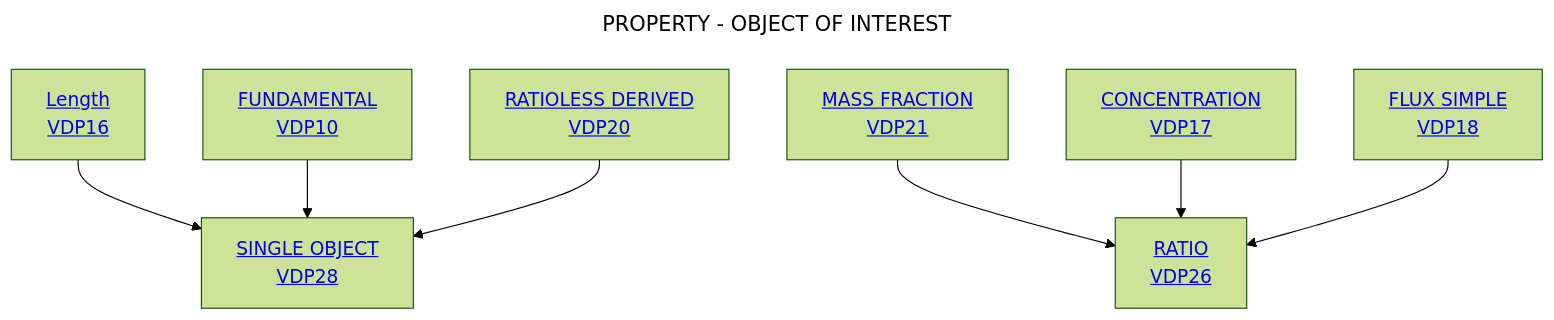
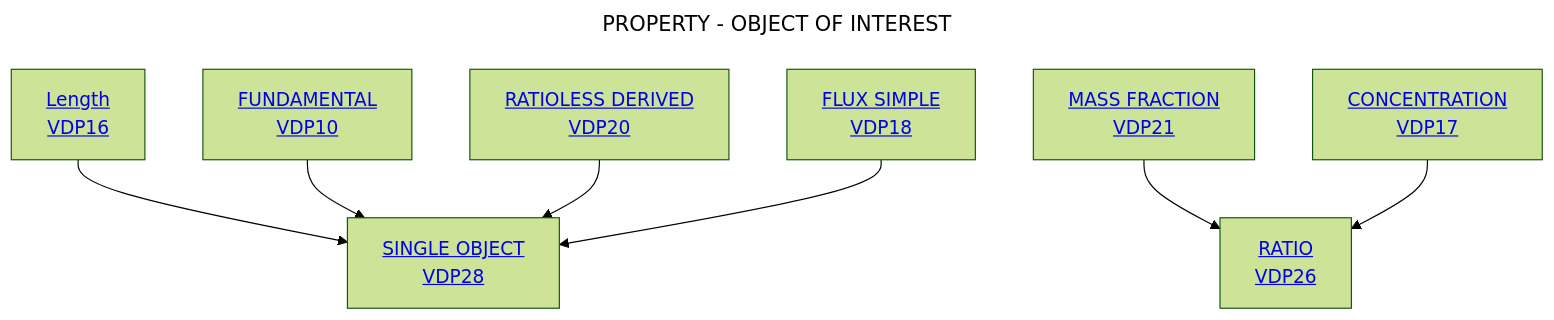
The diagram in Decisition_trees/DT6.mmd (mabablue/I-ADOPT-patterns-playground), drawn with Mermaid (forest theme) before and after one commit.

```diff
--- a/Decisition_trees/DT6.mmd
+++ b/Decisition_trees/DT6.mmd
@@ -1,10 +1,10 @@
 ---
 title: PROPERTY - OBJECT OF INTEREST
 ---
 flowchart TD
     A[<a href='https://github.com/mabablue/I-ADOPT-patterns-playground/blob/main/pattern/VDP16.yaml'>Length <br> VDP16</a>] --> C[<a href='https://github.com/mabablue/I-ADOPT-patterns-playground/blob/main/pattern/VDP16.yaml'>SINGLE OBJECT <br> VDP28</a>]
     B[<a href='https://github.com/mabablue/I-ADOPT-patterns-playground/blob/main/pattern/VDP10.yaml'>FUNDAMENTAL <br> VDP10</a>]  --> C
     D[<a href='https://github.com/mabablue/I-ADOPT-patterns-playground/blob/main/pattern/VDP10.yaml'>RATIOLESS DERIVED <br> VDP20</a>] --> C
     E[<a href='https://github.com/mabablue/I-ADOPT-patterns-playground/blob/main/pattern/VDP10.yaml'>MASS FRACTION <br> VDP21</a>] --> F[<a href='https://github.com/mabablue/I-ADOPT-patterns-playground/blob/main/pattern/VDP16.yaml'>RATIO <br> VDP26</a>]
     G[<a href='https://github.com/mabablue/I-ADOPT-patterns-playground/blob/main/pattern/VDP10.yaml'>CONCENTRATION <br> VDP17</a>] --> F
-    H[<a href='https://github.com/mabablue/I-ADOPT-patterns-playground/blob/main/pattern/VDP10.yaml'>FLUX SIMPLE <br> VDP18</a>] --> F
+    H[<a href='https://github.com/mabablue/I-ADOPT-patterns-playground/blob/main/pattern/VDP10.yaml'>FLUX SIMPLE <br> VDP18</a>] --> C
```
